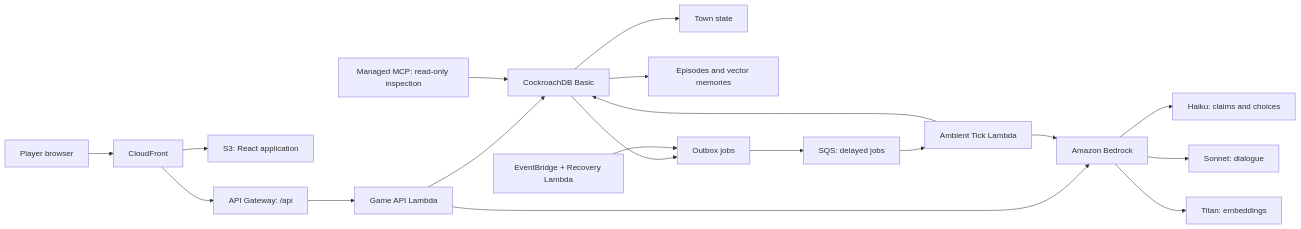
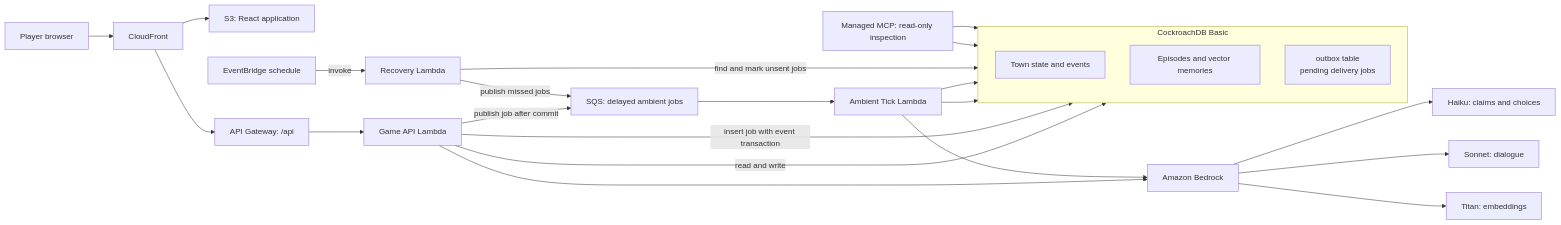
One commit to aishahsofea/the-town-remembers changed the first of 2 diagrams in docs/002-mvp-system-architecture.md. Above: the diagram before and after it, drawn with Mermaid.

Commit message:
docs: clarify outbox job flow

````diff
--- a/docs/002-mvp-system-architecture.md
+++ b/docs/002-mvp-system-architecture.md
@@ -52,25 +52,34 @@
 ```mermaid
 flowchart LR
     Player["Player browser"] --> CF["CloudFront"]
     CF --> Web["S3: React application"]
     CF --> API["API Gateway: /api"]
     API --> Game["Game API Lambda"]
 
     Game --> Bedrock["Amazon Bedrock"]
     Bedrock --> Haiku["Haiku: claims and choices"]
     Bedrock --> Sonnet["Sonnet: dialogue"]
     Bedrock --> Titan["Titan: embeddings"]
 
-    Game --> CRDB["CockroachDB Basic"]
-    CRDB --> State["Town state"]
-    CRDB --> Memory["Episodes and vector memories"]
-    CRDB --> Outbox["Outbox jobs"]
+    subgraph CRDB["CockroachDB Basic"]
+        direction TB
+        State["Town state and events"]
+        Memory["Episodes and vector memories"]
+        Outbox["outbox table<br/>pending delivery jobs"]
+    end
 
-    Outbox --> Queue["SQS: delayed jobs"]
+    Game -->|"read and write"| State
+    Game -->|"insert job with event transaction"| Outbox
+    Game -->|"publish job after commit"| Queue["SQS: delayed ambient jobs"]
     Queue --> Tick["Ambient Tick Lambda"]
     Tick --> Bedrock
-    Tick --> CRDB
+    Tick --> State
+    Tick --> Memory
 
-    Recovery["EventBridge + Recovery Lambda"] --> Outbox
-    MCP["Managed MCP: read-only inspection"] --> CRDB
+    EventBridge["EventBridge schedule"] -->|"invoke"| Recovery["Recovery Lambda"]
+    Recovery -->|"find and mark unsent jobs"| Outbox
+    Recovery -->|"publish missed jobs"| Queue
+
+    MCP["Managed MCP: read-only inspection"] --> State
+    MCP --> Memory
 ```
````
